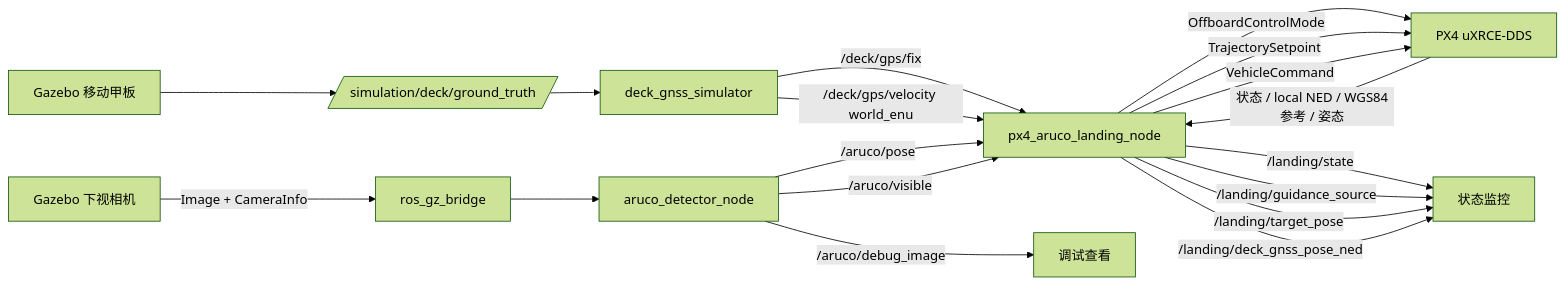
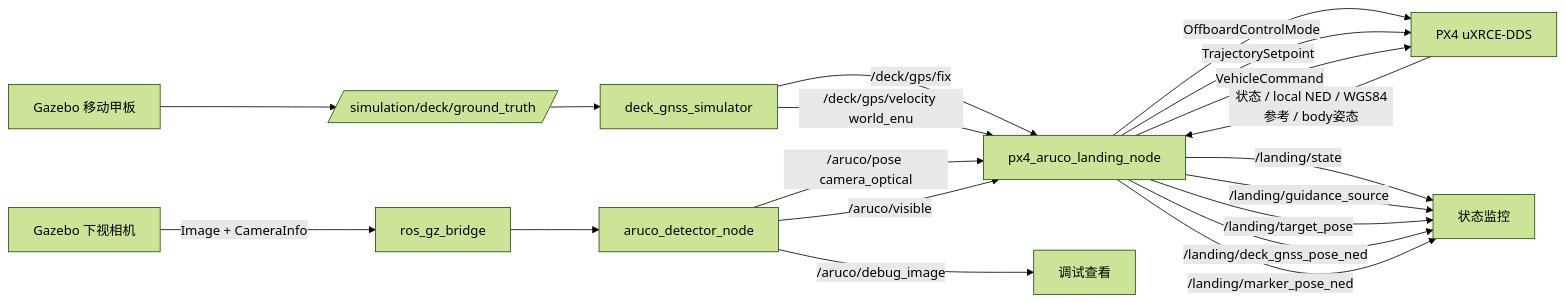
The diagram in docs/README.md (yjMa23/-ws_aruco_landing), drawn with Mermaid (forest theme) before and after one commit. The commit also changed other lines of this file and 14 other files, not shown here.

````diff
--- a/docs/README.md
+++ b/docs/README.md
@@ -29,23 +42,24 @@
 ```mermaid
 flowchart LR
     DECK[Gazebo 移动甲板] --> GT[/simulation/deck/ground_truth/]
     GT --> GNSS[deck_gnss_simulator]
     GNSS -->|/deck/gps/fix| CTRL[px4_aruco_landing_node]
     GNSS -->|/deck/gps/velocity world_enu| CTRL
 
     GZ[Gazebo 下视相机] -->|Image + CameraInfo| BR[ros_gz_bridge]
     BR --> DET[aruco_detector_node]
-    DET -->|/aruco/pose| CTRL
+    DET -->|/aruco/pose camera_optical| CTRL
     DET -->|/aruco/visible| CTRL
     DET -->|/aruco/debug_image| VIEW[调试查看]
 
-    PX4[PX4 uXRCE-DDS] -->|状态 / local NED / WGS84参考 / 姿态| CTRL
+    PX4[PX4 uXRCE-DDS] -->|状态 / local NED / WGS84参考 / body姿态| CTRL
     CTRL -->|OffboardControlMode| PX4
     CTRL -->|TrajectorySetpoint| PX4
     CTRL -->|VehicleCommand| PX4
 
     CTRL -->|/landing/state| MON[状态监控]
     CTRL -->|/landing/guidance_source| MON
     CTRL -->|/landing/target_pose| MON
     CTRL -->|/landing/deck_gnss_pose_ned| MON
+    CTRL -->|/landing/marker_pose_ned| MON
 ```
````
